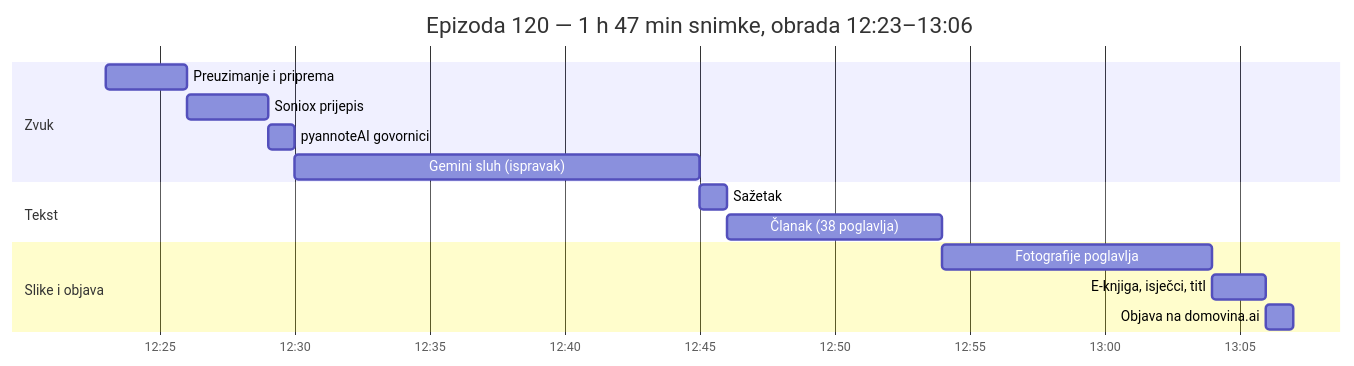
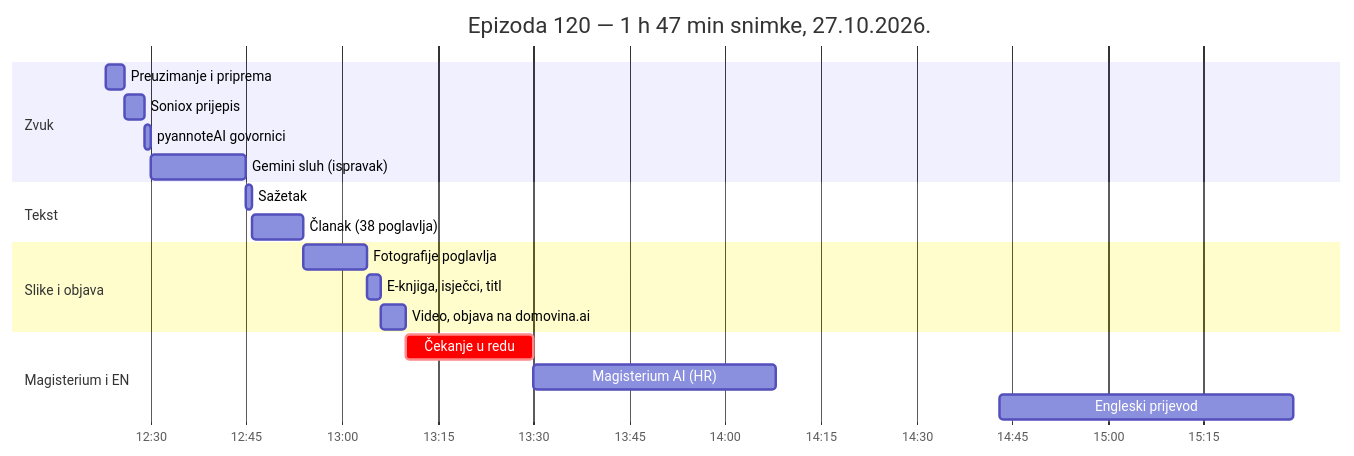
One commit to domovinatv/fetch.domovina.tv changed the third of 3 diagrams in docs/2026-10-27-ora-et-labora-obrada-epizode.md. Above: the diagram before and after it, drawn with Mermaid. The commit also changed other lines of this file and 1 other file, not shown here.

First line of the commit message:
docs(ora-et-labora): stvarna vremena Magisterium HR i EN; plan agy fallbacka za Vertex 429

````diff
--- a/docs/2026-10-27-ora-et-labora-obrada-epizode.md
+++ b/docs/2026-10-27-ora-et-labora-obrada-epizode.md
@@ -93,18 +94,22 @@
 ```mermaid
 gantt
-    title Epizoda 120 — 1 h 47 min snimke, obrada 12:23–13:06
+    title Epizoda 120 — 1 h 47 min snimke, 27.10.2026.
     dateFormat HH:mm
     axisFormat %H:%M
     section Zvuk
     Preuzimanje i priprema         :a1, 12:23, 3m
     Soniox prijepis                :a2, 12:26, 3m
     pyannoteAI govornici           :a3, 12:29, 1m
     Gemini sluh (ispravak)         :a4, 12:30, 15m
     section Tekst
     Sažetak                        :b1, 12:45, 1m
     Članak (38 poglavlja)          :b2, 12:46, 8m
     section Slike i objava
     Fotografije poglavlja          :c1, 12:54, 10m
     E-knjiga, isječci, titl        :c2, 13:04, 2m
-    Objava na domovina.ai          :c3, 13:06, 1m
+    Video, objava na domovina.ai   :c3, 13:06, 4m
+    section Magisterium i EN
+    Čekanje u redu                 :crit, d0, 13:10, 20m
+    Magisterium AI (HR)            :d1, 13:30, 38m
+    Engleski prijevod              :d2, 14:43, 46m
 ```
````
